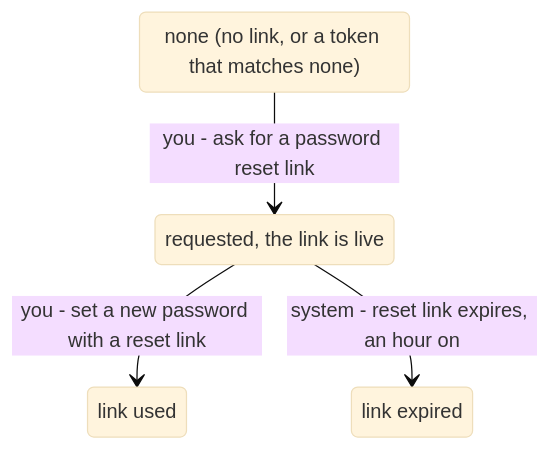
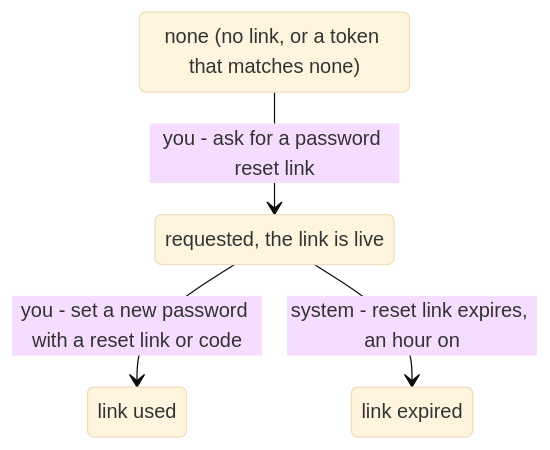
Before and after one commit to Ayodeji97/moyi-backend: the third of 3 diagrams in docs/state-map/account.md, drawn with Mermaid (base theme). The commit also changed other lines of this file and 39 other files, not shown here.

First line of the commit message:
feat(identity): verify email and reset password by a six-digit code

````diff
--- a/docs/state-map/account.md
+++ b/docs/state-map/account.md
@@ -264,10 +269,10 @@
 ```mermaid
 stateDiagram-v2
     state "none (no link, or a token that matches none)" as account_reset__NONE
     state "requested, the link is live" as account_reset__REQUESTED
     state "link used" as account_reset__USED
     state "link expired" as account_reset__EXPIRED
     account_reset__NONE --> account_reset__REQUESTED: you - ask for a password reset link
-    account_reset__REQUESTED --> account_reset__USED: you - set a new password with a reset link
+    account_reset__REQUESTED --> account_reset__USED: you - set a new password with a reset link or code
     account_reset__REQUESTED --> account_reset__EXPIRED: system - reset link expires, an hour on
 ```
````
